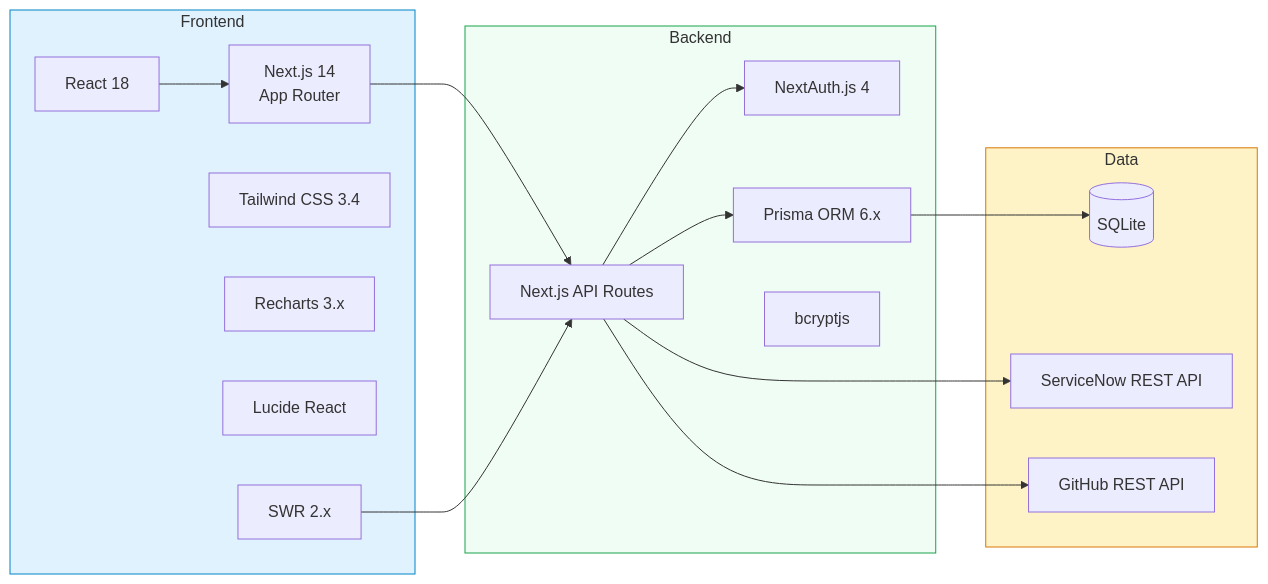
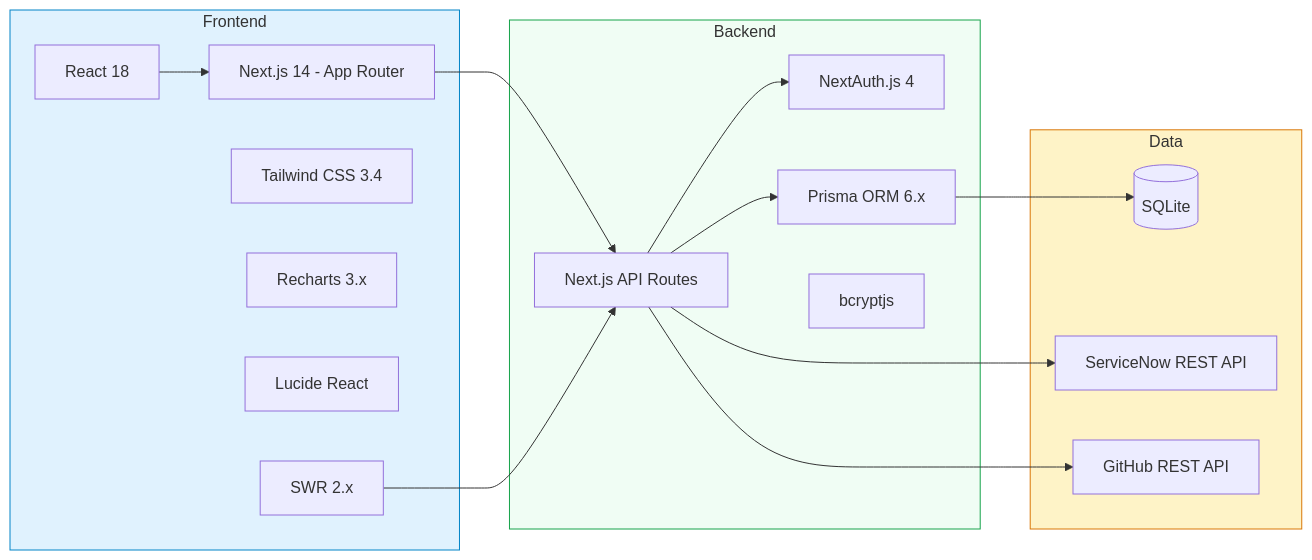
One commit to jj-shen99/changefabric changed the sixth of 6 diagrams in docs/CHANGE_MANAGEMENT_ARCHITECTURE.md. Above: the diagram before and after it, drawn with Mermaid. The commit also changed other lines of this file and 10 other files, not shown here.

First line of the commit message:
Fix Mermaid syntax errors, update all docs to v1.3.0

````diff
--- a/docs/CHANGE_MANAGEMENT_ARCHITECTURE.md
+++ b/docs/CHANGE_MANAGEMENT_ARCHITECTURE.md
@@ -287,37 +287,37 @@
 ```mermaid
 graph LR
     subgraph Frontend["Frontend"]
-        NEXT[Next.js 14<br/>App Router]
+        NEXT[Next.js 14 - App Router]
         REACT[React 18]
         TW[Tailwind CSS 3.4]
         CHARTS[Recharts 3.x]
         ICONS[Lucide React]
         SWR_LIB[SWR 2.x]
     end
 
     subgraph Backend["Backend"]
         NAPI[Next.js API Routes]
         NAUTH[NextAuth.js 4]
         PRISMA_ORM[Prisma ORM 6.x]
         BCRYPT_LIB[bcryptjs]
     end
 
     subgraph Data["Data"]
         SQLITE[(SQLite)]
         SN_API[ServiceNow REST API]
         GH_API[GitHub REST API]
     end
 
     NEXT --> NAPI
     REACT --> NEXT
     SWR_LIB --> NAPI
     NAPI --> NAUTH
     NAPI --> PRISMA_ORM
     PRISMA_ORM --> SQLITE
     NAPI --> SN_API
     NAPI --> GH_API
 
     style Frontend fill:#e0f2fe,stroke:#0284c7
     style Backend fill:#f0fdf4,stroke:#16a34a
     style Data fill:#fef3c7,stroke:#d97706
 ```
````
